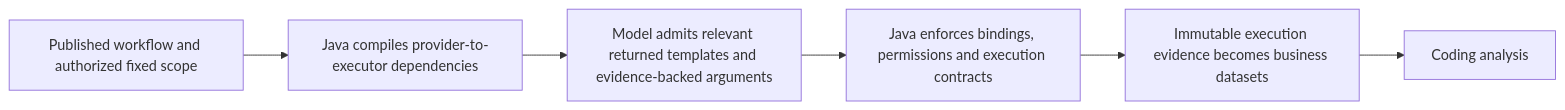
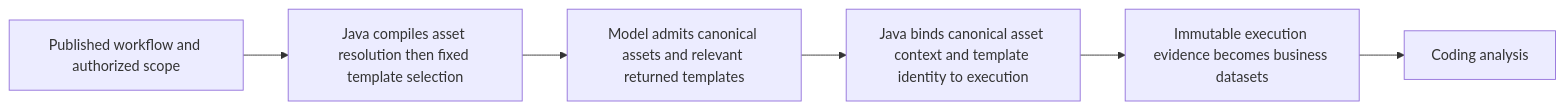
One commit to mschreinerhaw/Langchain4j-Chatchat changed the diagram in docs/published-data-supply-20261024.md. Above: the diagram before and after it, drawn with Mermaid. The commit also changed other lines of this file and 9 other files, not shown here.

Commit message:
fix(runtime): preserve canonical asset resolution before fixed template execution

````diff
--- a/docs/published-data-supply-20261024.md
+++ b/docs/published-data-supply-20261024.md
@@ -22,8 +22,8 @@
 ```mermaid
 flowchart LR
-    A[Published workflow and authorized fixed scope] --> B[Java compiles provider-to-executor dependencies]
-    B --> C[Model admits relevant returned templates and evidence-backed arguments]
-    C --> D[Java enforces bindings, permissions and execution contracts]
+    A[Published workflow and authorized scope] --> B[Java compiles asset resolution then fixed template selection]
+    B --> C[Model admits canonical assets and relevant returned templates]
+    C --> D[Java binds canonical asset context and template identity to execution]
     D --> E[Immutable execution evidence becomes business datasets]
     E --> F[Coding analysis]
 ```
````
